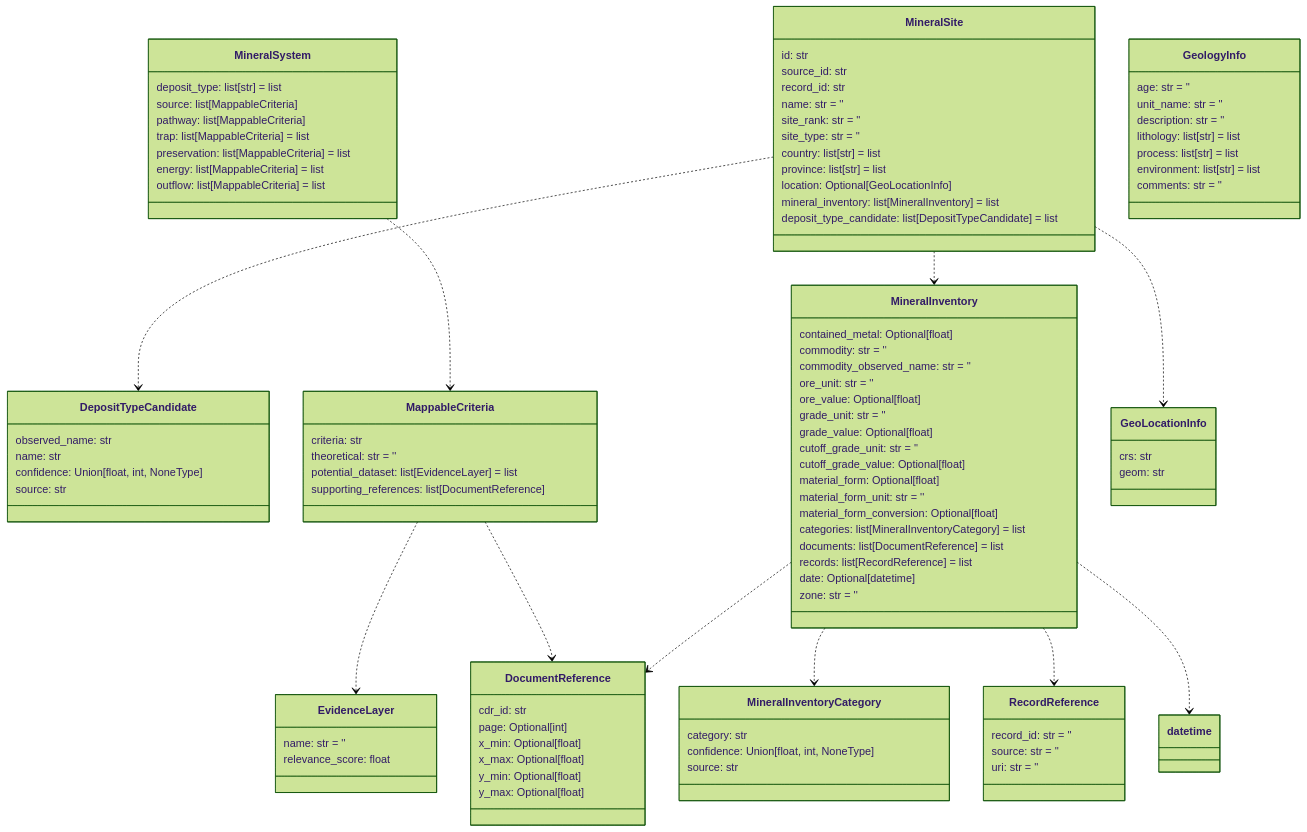
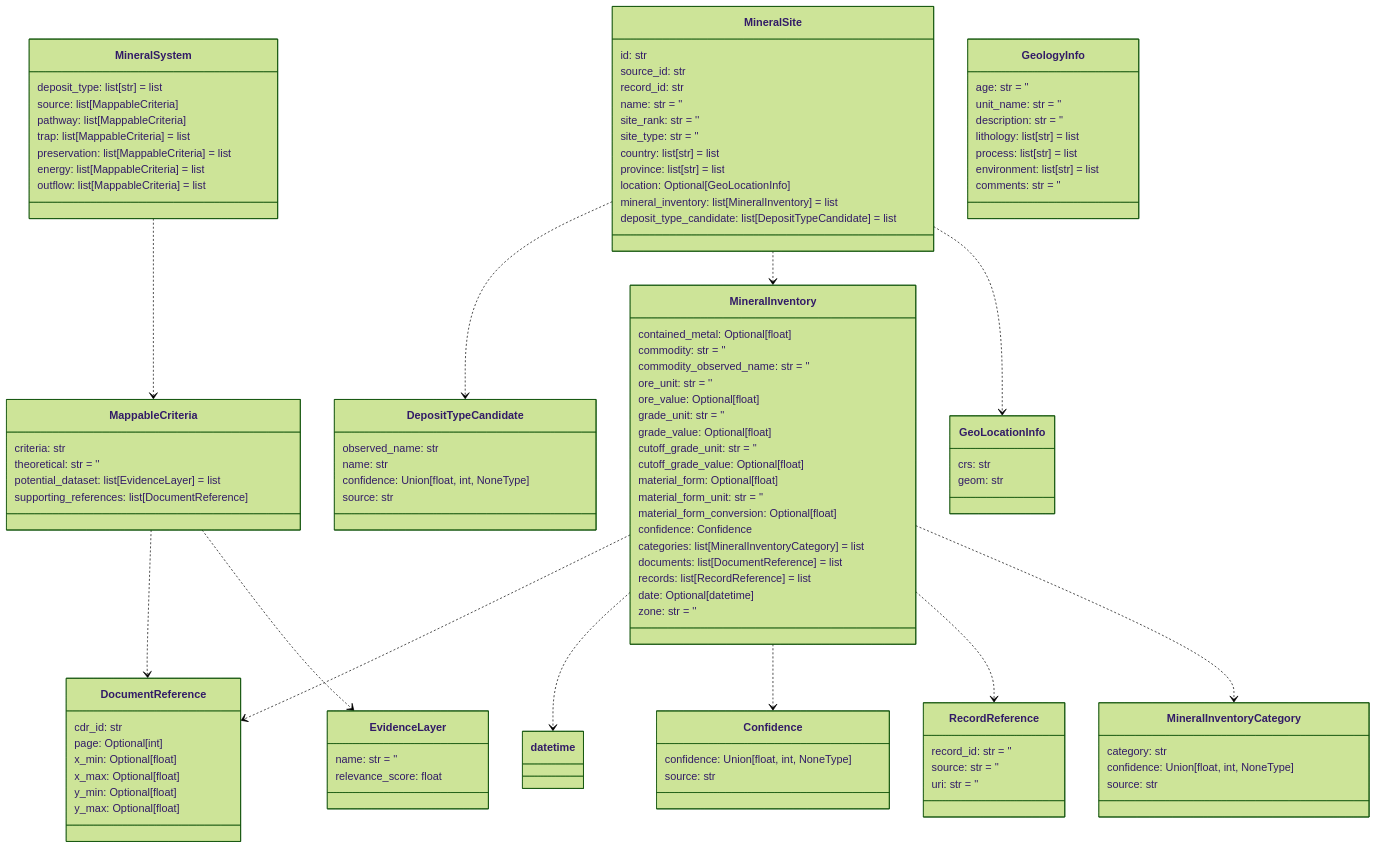
One commit to DARPA-CRITICALMAAS/cdr_schemas changed the tenth of 14 diagrams in README.md. Above: the diagram before and after it, drawn with Mermaid (forest theme). The commit also changed 1 other file, not shown here.

Commit message:
confidence score

````diff
--- a/README.md
+++ b/README.md
@@ -765,34 +765,11 @@
 ```mermaid
 classDiagram
-
-    class MineralInventoryCategory {
-        category: str
-        confidence: Union[float, int, NoneType]
-        source: str
-    }
 
     class DepositTypeCandidate {
         observed_name: str
         name: str
         confidence: Union[float, int, NoneType]
         source: str
-    }
-
-    class MappableCriteria {
-        criteria: str
-        theoretical: str = ''
-        potential_dataset: list[EvidenceLayer] = list
-        supporting_references: list[DocumentReference]
-    }
-
-    class MineralSystem {
-        deposit_type: list[str] = list
-        source: list[MappableCriteria]
-        pathway: list[MappableCriteria]
-        trap: list[MappableCriteria] = list
-        preservation: list[MappableCriteria] = list
-        energy: list[MappableCriteria] = list
-        outflow: list[MappableCriteria] = list
     }
 
     class DocumentReference {
@@ -818,6 +795,55 @@
         deposit_type_candidate: list[DepositTypeCandidate] = list
     }
 
+    class MineralSystem {
+        deposit_type: list[str] = list
+        source: list[MappableCriteria]
+        pathway: list[MappableCriteria]
+        trap: list[MappableCriteria] = list
+        preservation: list[MappableCriteria] = list
+        energy: list[MappableCriteria] = list
+        outflow: list[MappableCriteria] = list
+    }
+
+    class MappableCriteria {
+        criteria: str
+        theoretical: str = ''
+        potential_dataset: list[EvidenceLayer] = list
+        supporting_references: list[DocumentReference]
+    }
+
+    class EvidenceLayer {
+        name: str = ''
+        relevance_score: float
+    }
+
+    class RecordReference {
+        record_id: str = ''
+        source: str = ''
+        uri: str = ''
+    }
+
+    class MineralInventoryCategory {
+        category: str
+        confidence: Union[float, int, NoneType]
+        source: str
+    }
+
+    class GeologyInfo {
+        age: str = ''
+        unit_name: str = ''
+        description: str = ''
+        lithology: list[str] = list
+        process: list[str] = list
+        environment: list[str] = list
+        comments: str = ''
+    }
+
+    class Confidence {
+        confidence: Union[float, int, NoneType]
+        source: str
+    }
+
     class MineralInventory {
         contained_metal: Optional[float]
         commodity: str = ''
@@ -831,6 +857,7 @@
         material_form: Optional[float]
         material_form_unit: str = ''
         material_form_conversion: Optional[float]
+        confidence: Confidence
         categories: list[MineralInventoryCategory] = list
         documents: list[DocumentReference] = list
         records: list[RecordReference] = list
@@ -838,42 +865,22 @@
         zone: str = ''
     }
 
-    class EvidenceLayer {
-        name: str = ''
-        relevance_score: float
-    }
-
     class GeoLocationInfo {
         crs: str
         geom: str
     }
 
-    class GeologyInfo {
-        age: str = ''
-        unit_name: str = ''
-        description: str = ''
-        lithology: list[str] = list
-        process: list[str] = list
-        environment: list[str] = list
-        comments: str = ''
-    }
-
-    class RecordReference {
-        record_id: str = ''
-        source: str = ''
-        uri: str = ''
-    }
-
+    MappableCriteria ..> DocumentReference
     MappableCriteria ..> EvidenceLayer
-    MappableCriteria ..> DocumentReference
     MineralSystem ..> MappableCriteria
+    MineralInventory ..> DocumentReference
+    MineralInventory ..> datetime
+    MineralInventory ..> Confidence
+    MineralInventory ..> RecordReference
     MineralInventory ..> MineralInventoryCategory
-    MineralInventory ..> DocumentReference
-    MineralInventory ..> RecordReference
-    MineralInventory ..> datetime
+    MineralSite ..> DepositTypeCandidate
     MineralSite ..> MineralInventory
     MineralSite ..> GeoLocationInfo
-    MineralSite ..> DepositTypeCandidate
 
 
 ```
````
